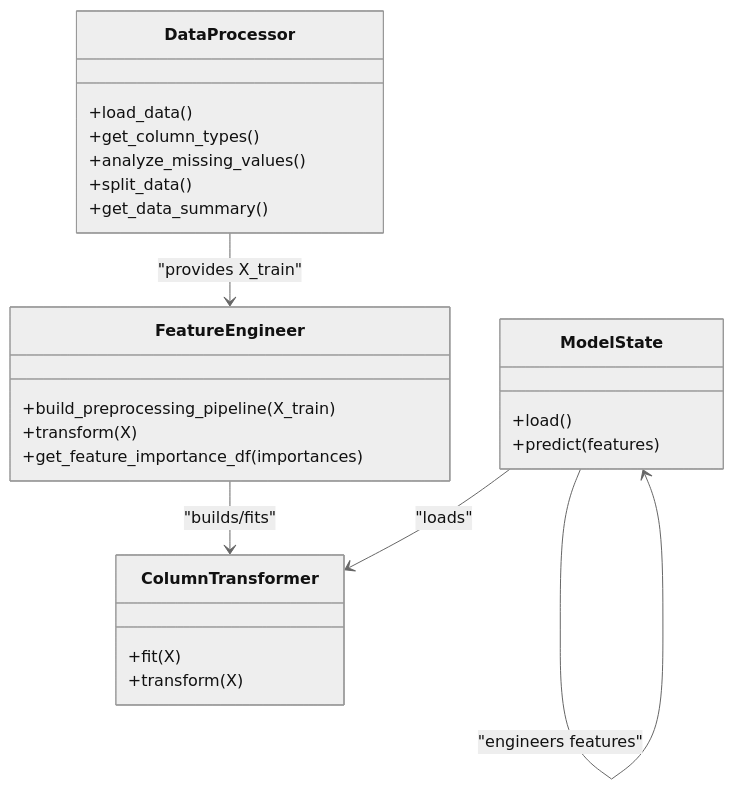
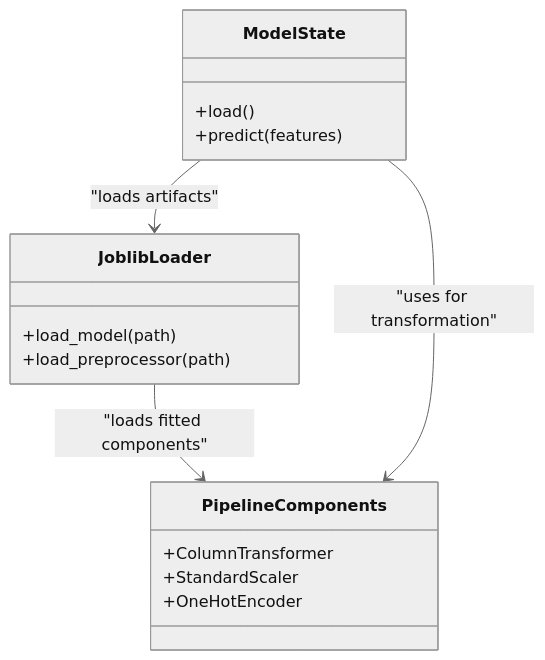
Before and after one commit to tashkirrr/housing-price-prediction: the fourth of 7 diagrams in .qoder/repowiki/en/content/Model Management.md, drawn with Mermaid (neutral theme). The commit also changed other lines of this file and 9 other files, not shown here.

````diff
--- a/.qoder/repowiki/en/content/Model Management.md
+++ b/.qoder/repowiki/en/content/Model Management.md
@@ -183,27 +170,19 @@
 ```mermaid
 classDiagram
-class DataProcessor {
-+load_data()
-+get_column_types()
-+analyze_missing_values()
-+split_data()
-+get_data_summary()
-}
-class FeatureEngineer {
-+build_preprocessing_pipeline(X_train)
-+transform(X)
-+get_feature_importance_df(importances)
-}
-class ColumnTransformer {
-+fit(X)
-+transform(X)
-}
 class ModelState {
 +load()
 +predict(features)
 }
-DataProcessor --> FeatureEngineer : "provides X_train"
-FeatureEngineer --> ColumnTransformer : "builds/fits"
-ModelState --> ColumnTransformer : "loads"
-ModelState --> ModelState : "engineers features"
+class JoblibLoader {
++load_model(path)
++load_preprocessor(path)
+}
+class PipelineComponents {
++ColumnTransformer
++StandardScaler
++OneHotEncoder
+}
+ModelState --> JoblibLoader : "loads artifacts"
+JoblibLoader --> PipelineComponents : "loads fitted components"
+ModelState --> PipelineComponents : "uses for transformation"
 ```
````
